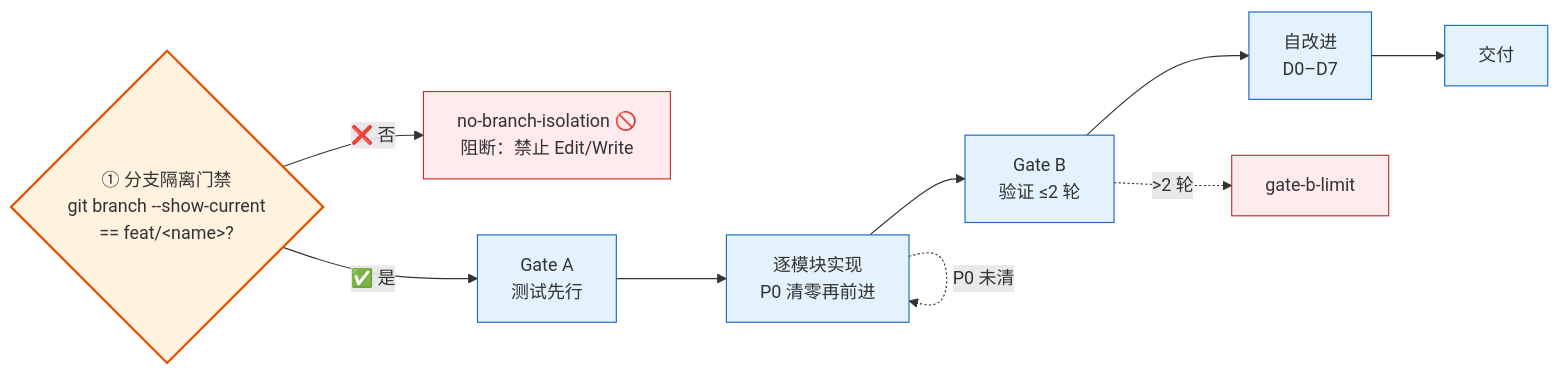
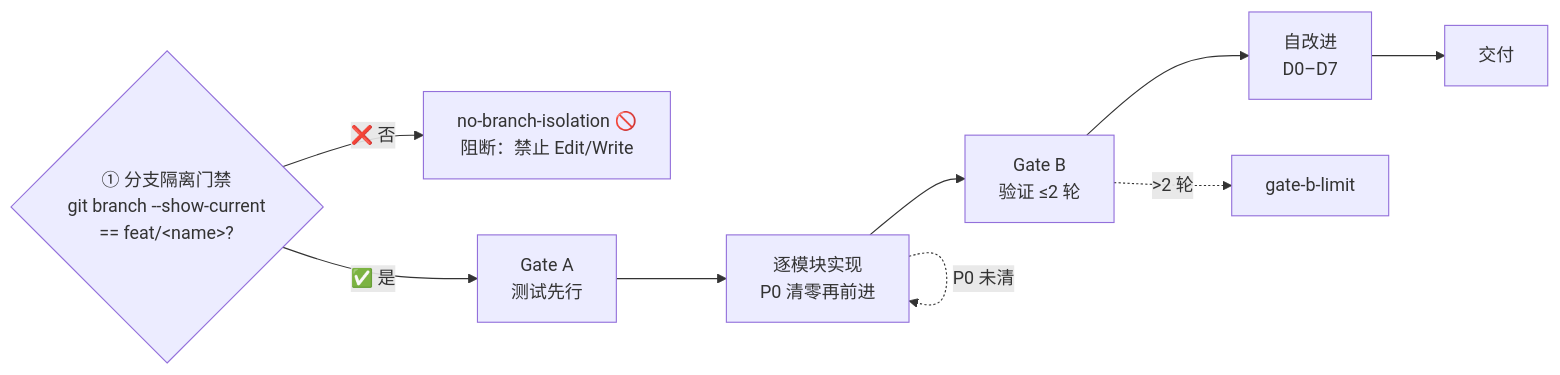
The seventh of 17 diagrams in skills/rui/SKILL.md (effiy/YrY), drawn with Mermaid before and after one commit. The commit also changed other lines of this file and 61 other files, not shown here.

````diff
--- a/skills/rui/SKILL.md
+++ b/skills/rui/SKILL.md
@@ -438,14 +482,11 @@
 ```mermaid
 flowchart LR
     BR{"① 分支隔离门禁<br/>git branch --show-current<br/>== feat/&lt;name&gt;?"}:::gate -->|"❌ 否"| BLOCK["no-branch-isolation 🚫<br/>阻断：禁止 Edit/Write"]:::bad
     BR -->|"✅ 是"| A[Gate A<br/>测试先行]:::s
     A --> B[逐模块实现<br/>P0 清零再前进]:::s
     B --> C[Gate B<br/>验证 ≤2 轮]:::s
     C --> D[自改进<br/>D0–D7]:::s
     D --> E[交付]:::s
     B -.P0 未清.-> B
     C -.>2 轮.-> X[gate-b-limit]:::bad
-    classDef s fill:#e3f2fd,stroke:#1565c0;
-    classDef gate fill:#fff3e0,stroke:#e65100,stroke-width:2px;
-    classDef bad fill:#ffebee,stroke:#c62828;
 ```
````
